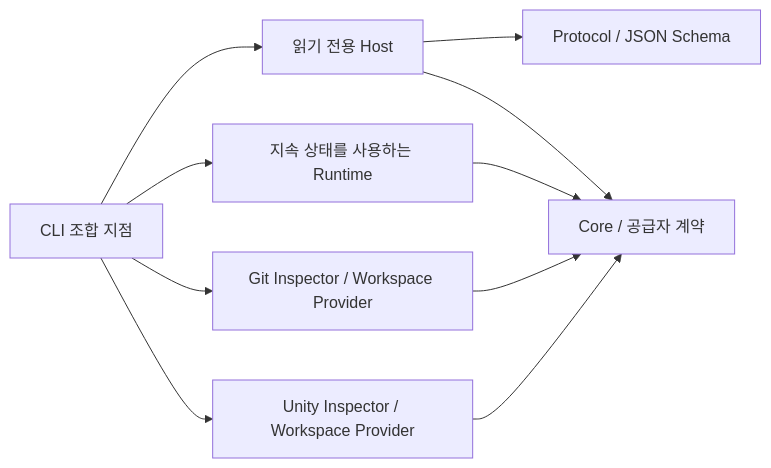
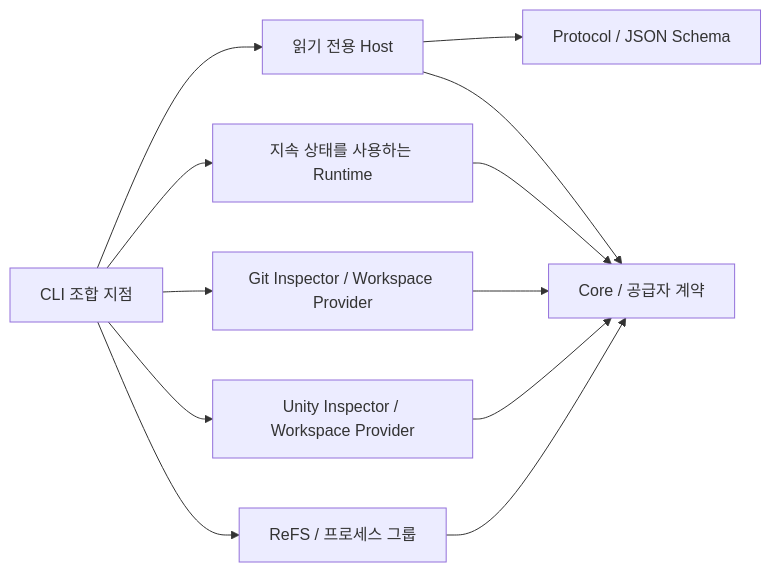
The diagram in docs/foundation.md (olivecrow/splinter), drawn with Mermaid before and after one commit. The commit also changed other lines of this file and 45 other files, not shown here.

````diff
--- a/docs/foundation.md
+++ b/docs/foundation.md
@@ -19,12 +20,14 @@
 ```mermaid
 flowchart LR
     CLI[CLI 조합 지점] --> Host[읽기 전용 Host]
     CLI --> Runtime[지속 상태를 사용하는 Runtime]
     Runtime --> Core
     CLI --> Git[Git Inspector / Workspace Provider]
     CLI --> Unity[Unity Inspector / Workspace Provider]
+    CLI --> Windows[ReFS / 프로세스 그룹]
+    Windows --> Core
     Host --> Protocol[Protocol / JSON Schema]
     Host --> Core[Core / 공급자 계약]
     Git --> Core
     Unity --> Core
 ```
````
